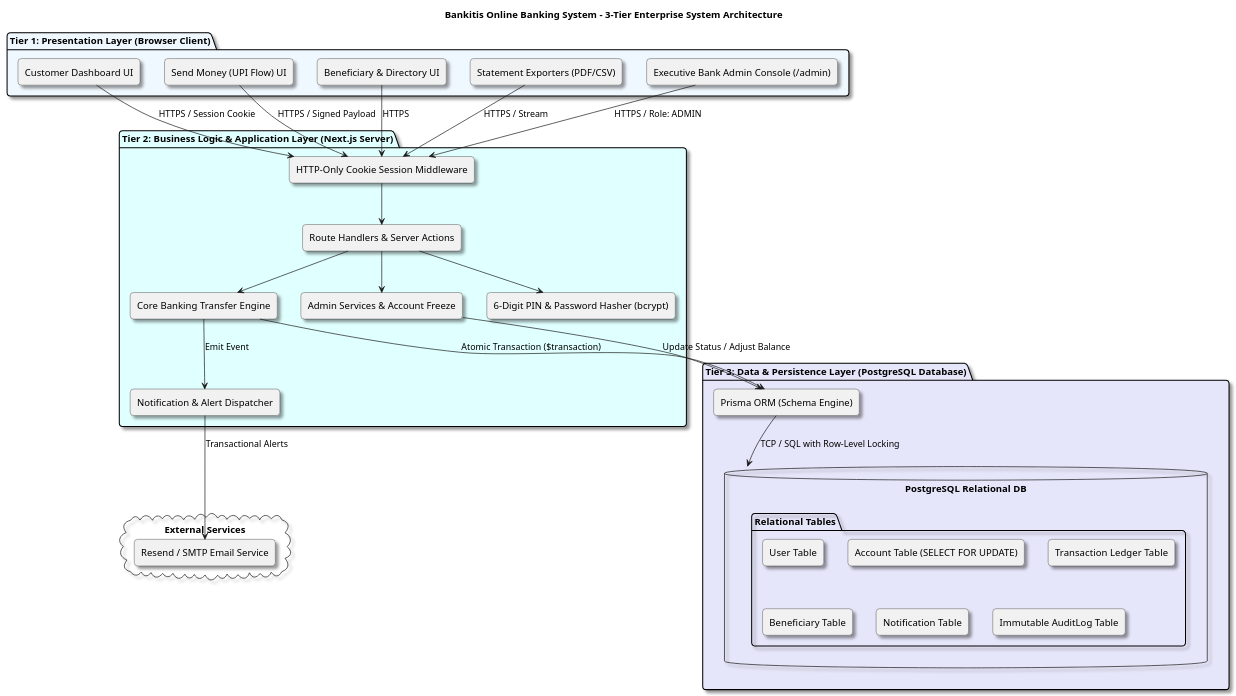
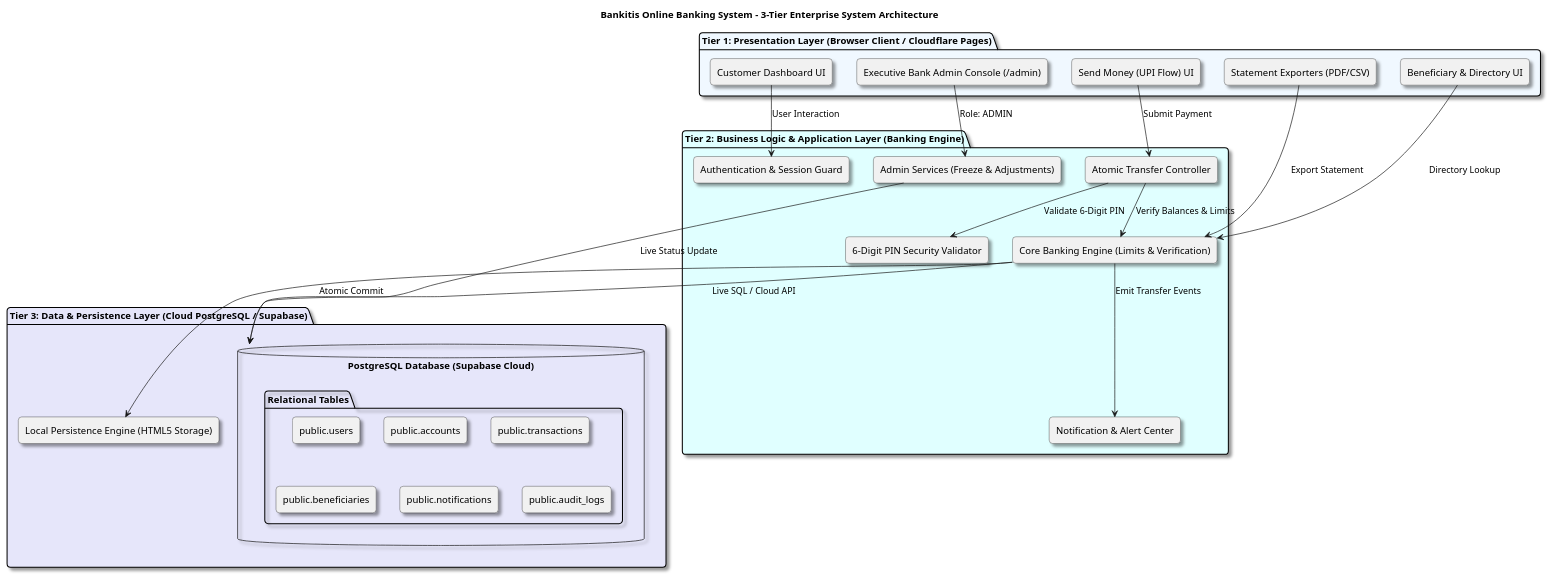
One commit to allanmaaz/bankitis changed the third of 5 diagrams in diagrams/ALL_UML_DIAGRAMS.puml. Above: the diagram before and after it, drawn with PlantUML. The commit also changed 6 other files, not shown here.

Commit message:
docs: update 3-tier architecture diagram to reflect pure React, Cloudflare Pages, and Supabase cloud PostgreSQL

```diff
--- a/diagrams/ALL_UML_DIAGRAMS.puml
+++ b/diagrams/ALL_UML_DIAGRAMS.puml
@@ -254,61 +254,52 @@
 @startuml SystemArchitecture
 title Bankitis Online Banking System - 3-Tier Enterprise System Architecture
 
 skinparam componentStyle rectangle
 skinparam roundcorner 10
 skinparam shadowing true
 
-package "Tier 1: Presentation Layer (Browser Client)" #AliceBlue {
+package "Tier 1: Presentation Layer (Browser Client / Cloudflare Pages)" #AliceBlue {
   [Customer Dashboard UI] as ClientDash
   [Send Money (UPI Flow) UI] as ClientTransfer
   [Beneficiary & Directory UI] as ClientBeneficiary
   [Statement Exporters (PDF/CSV)] as ClientExport
   [Executive Bank Admin Console (/admin)] as AdminConsole
 }
 
-package "Tier 2: Business Logic & Application Layer (Next.js Server)" #LightCyan {
-  [HTTP-Only Cookie Session Middleware] as AuthMiddleware
-  [Route Handlers & Server Actions] as ServerActions
-  [Core Banking Transfer Engine] as BankingEngine
-  [Admin Services & Account Freeze] as AdminService
-  [6-Digit PIN & Password Hasher (bcrypt)] as CryptoService
-  [Notification & Alert Dispatcher] as NotifService
+package "Tier 2: Business Logic & Application Layer (Banking Engine)" #LightCyan {
+  [Authentication & Session Guard] as AuthModule
+  [Atomic Transfer Controller] as TransferController
+  [Core Banking Engine (Limits & Verification)] as BankingEngine
+  [Admin Services (Freeze & Adjustments)] as AdminService
+  [6-Digit PIN Security Validator] as PinValidator
+  [Notification & Alert Center] as NotifService
 }
 
-package "Tier 3: Data & Persistence Layer (PostgreSQL Database)" #Lavender {
-  [Prisma ORM (Schema Engine)] as Prisma
-  database "PostgreSQL Relational DB" as Postgres {
+package "Tier 3: Data & Persistence Layer (Cloud PostgreSQL / Supabase)" #Lavender {
+  database "PostgreSQL Database (Supabase Cloud)" as Postgres {
     folder "Relational Tables" {
-      [User Table]
-      [Account Table (SELECT FOR UPDATE)]
-      [Transaction Ledger Table]
-      [Beneficiary Table]
-      [Notification Table]
-      [Immutable AuditLog Table]
+      [public.users]
+      [public.accounts]
+      [public.transactions]
+      [public.beneficiaries]
+      [public.notifications]
+      [public.audit_logs]
     }
   }
+  [Local Persistence Engine (HTML5 Storage)] as LocalStorage
 }
 
-cloud "External Services" {
-  [Resend / SMTP Email Service] as EmailService
-}
+ClientDash --> AuthModule : User Interaction
+ClientTransfer --> TransferController : Submit Payment
+ClientBeneficiary --> BankingEngine : Directory Lookup
+ClientExport --> BankingEngine : Export Statement
+AdminConsole --> AdminService : Role: ADMIN
 
-ClientDash --> AuthMiddleware : HTTPS / Session Cookie
-ClientTransfer --> AuthMiddleware : HTTPS / Signed Payload
-ClientBeneficiary --> AuthMiddleware : HTTPS
-ClientExport --> AuthMiddleware : HTTPS / Stream
-AdminConsole --> AuthMiddleware : HTTPS / Role: ADMIN
-
-AuthMiddleware --> ServerActions
-ServerActions --> BankingEngine
-ServerActions --> AdminService
-ServerActions --> CryptoService
-
-BankingEngine --> Prisma : Atomic Transaction ($transaction)
-AdminService --> Prisma : Update Status / Adjust Balance
-BankingEngine --> NotifService : Emit Event
-
-Prisma --> Postgres : TCP / SQL with Row-Level Locking
-NotifService --> EmailService : Transactional Alerts
+TransferController --> PinValidator : Validate 6-Digit PIN
+TransferController --> BankingEngine : Verify Balances & Limits
+BankingEngine --> Postgres : Live SQL / Cloud API
+BankingEngine --> LocalStorage : Atomic Commit
+AdminService --> Postgres : Live Status Update
+BankingEngine --> NotifService : Emit Transfer Events
 
 @enduml
```
